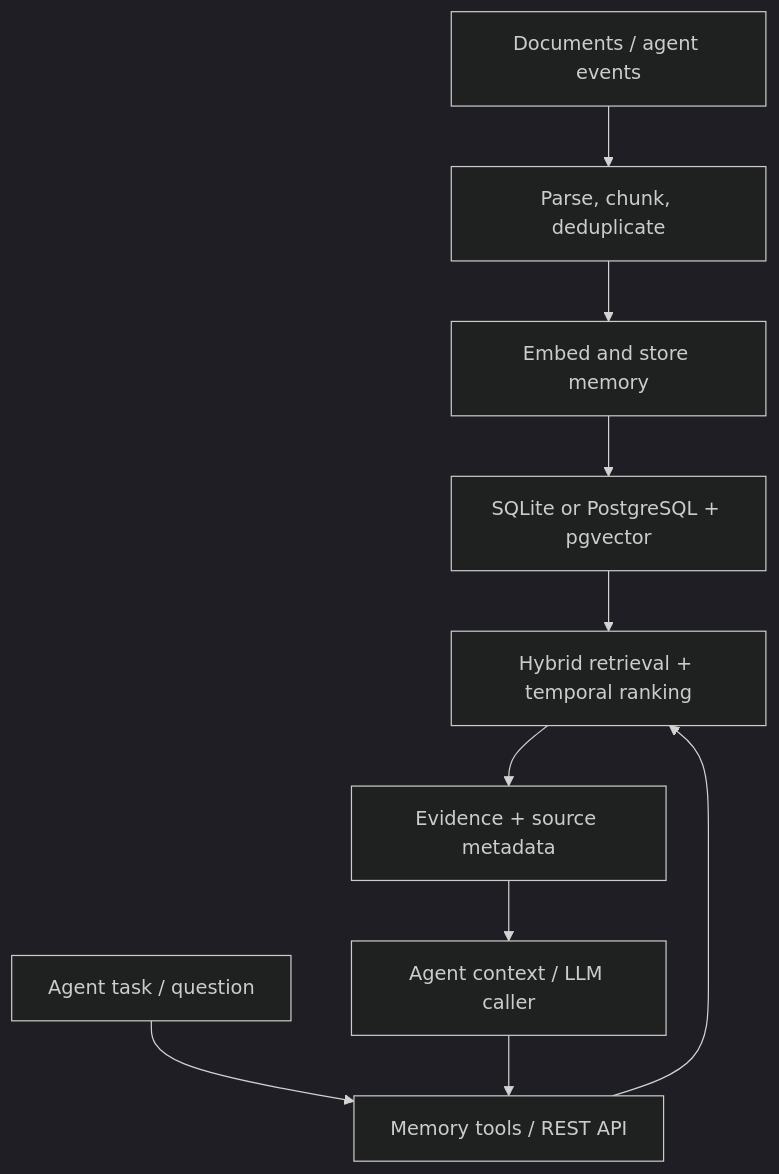
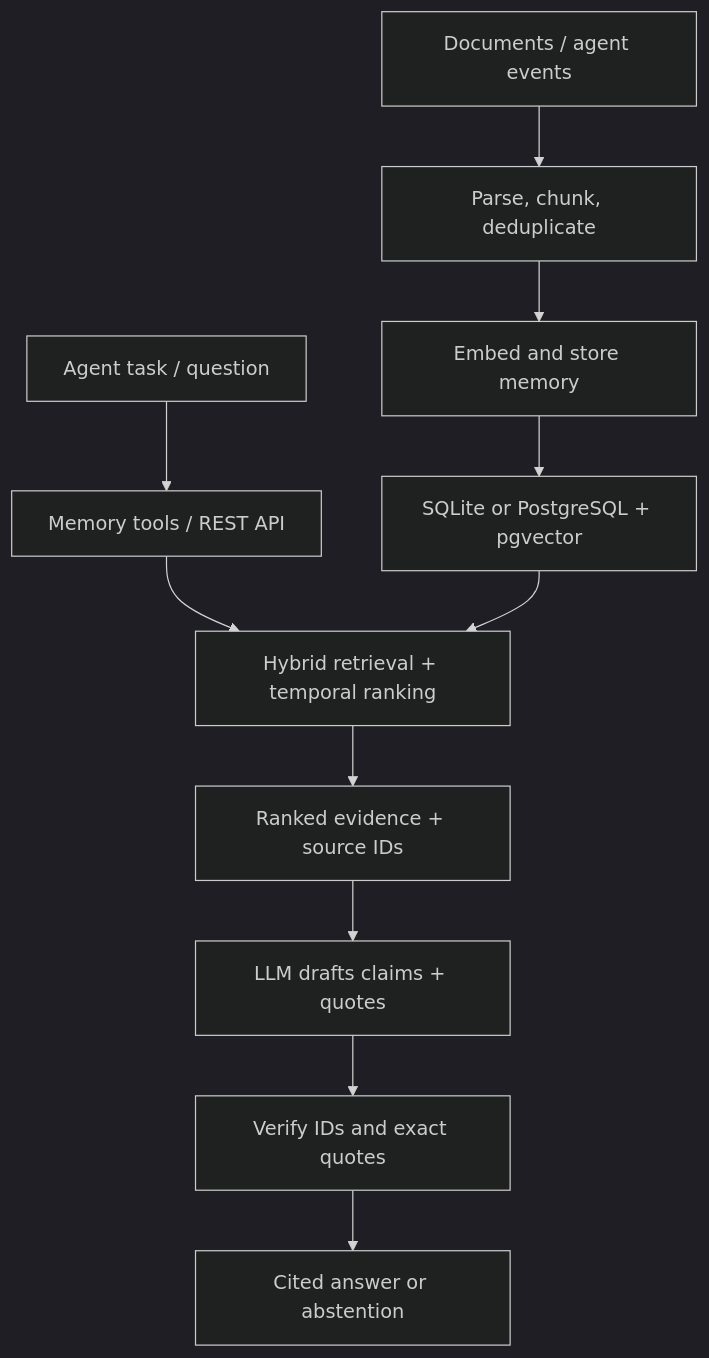
One commit to szechung2000/agent-memory changed the diagram in README.md. Above: the diagram before and after it, drawn with Mermaid (dark theme). The commit also changed other lines of this file and 7 other files, not shown here.

````diff
--- a/README.md
+++ b/README.md
@@ -50,12 +68,13 @@
 ```mermaid
 flowchart TD
     A["Documents / agent events"] --> B["Parse, chunk, deduplicate"]
     B --> C["Embed and store memory"]
     C --> D["SQLite or PostgreSQL + pgvector"]
     E["Agent task / question"] --> F["Memory tools / REST API"]
     F --> G["Hybrid retrieval + temporal ranking"]
     D --> G
-    G --> H["Evidence + source metadata"]
-    H --> I["Agent context / LLM caller"]
-    I --> F
+    G --> H["Ranked evidence + source IDs"]
+    H --> I["LLM drafts claims + quotes"]
+    I --> J["Verify IDs and exact quotes"]
+    J --> K["Cited answer or abstention"]
 ```
````
